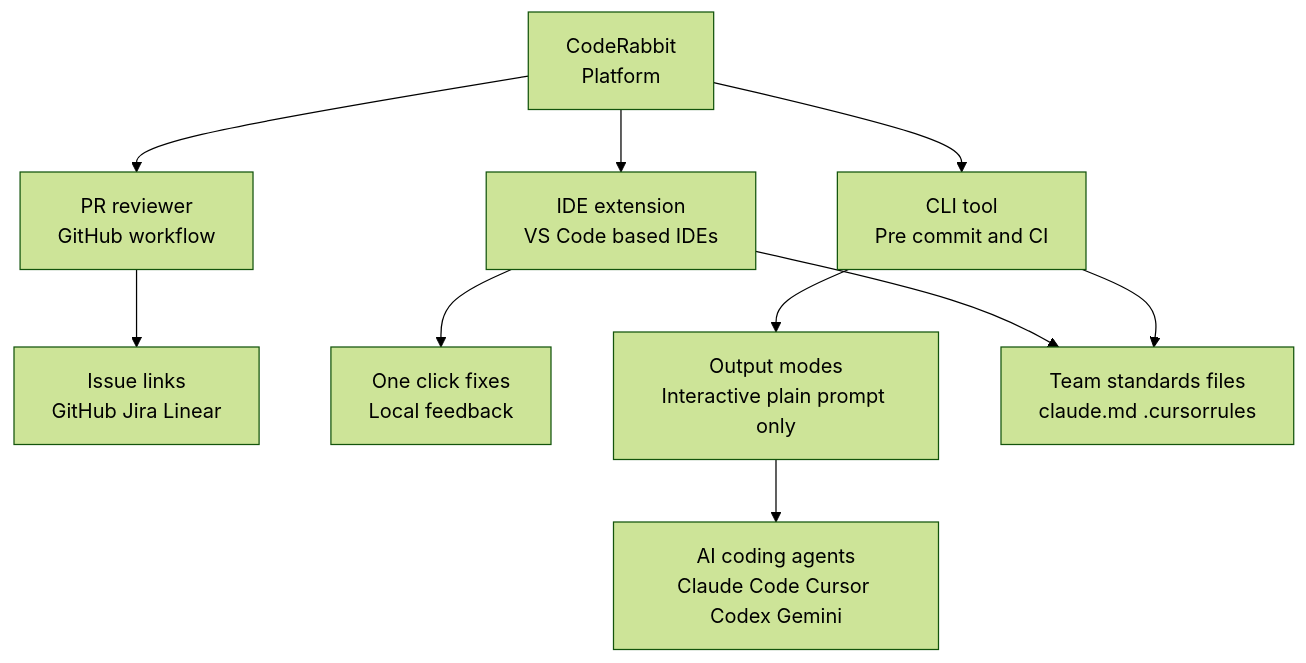
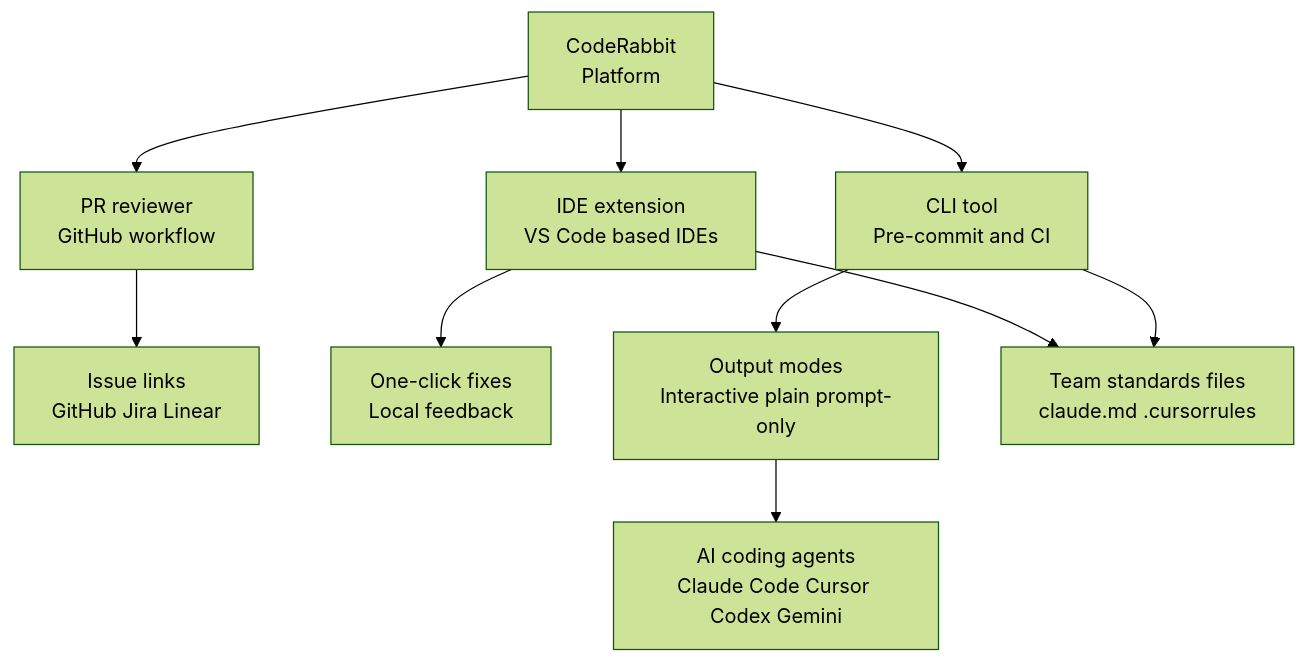
Before and after one commit to fundacionctic/ai-coding-tools-course: the second of 5 diagrams in tools-workflows/README.md, drawn with Mermaid (forest theme). The commit also changed other lines of this file, not shown here.

````diff
--- a/tools-workflows/README.md
+++ b/tools-workflows/README.md
@@ -39,12 +95,12 @@
 ```mermaid
 graph TD
   A["CodeRabbit<br>Platform"] --> B["PR reviewer<br>GitHub workflow"]
   A --> C["IDE extension<br>VS Code based IDEs"]
-  A --> D["CLI tool<br>Pre commit and CI"]
+  A --> D["CLI tool<br>Pre-commit and CI"]
   B --> E["Issue links<br>GitHub Jira Linear"]
-  C --> F["One click fixes<br>Local feedback"]
-  D --> G["Output modes<br>Interactive plain prompt only"]
+  C --> F["One-click fixes<br>Local feedback"]
+  D --> G["Output modes<br>Interactive plain prompt-only"]
   C --> H["Team standards files<br>claude.md .cursorrules"]
   D --> H
   G --> I["AI coding agents<br>Claude Code Cursor Codex Gemini"]
 ```
````
